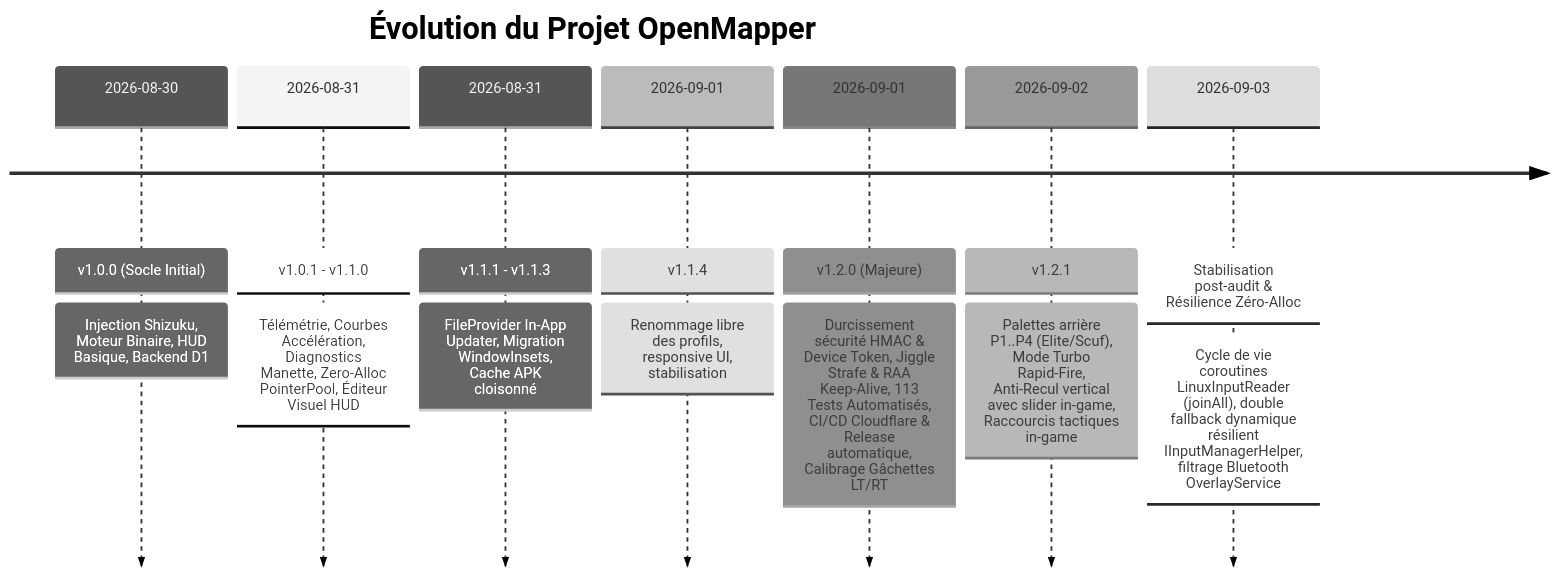
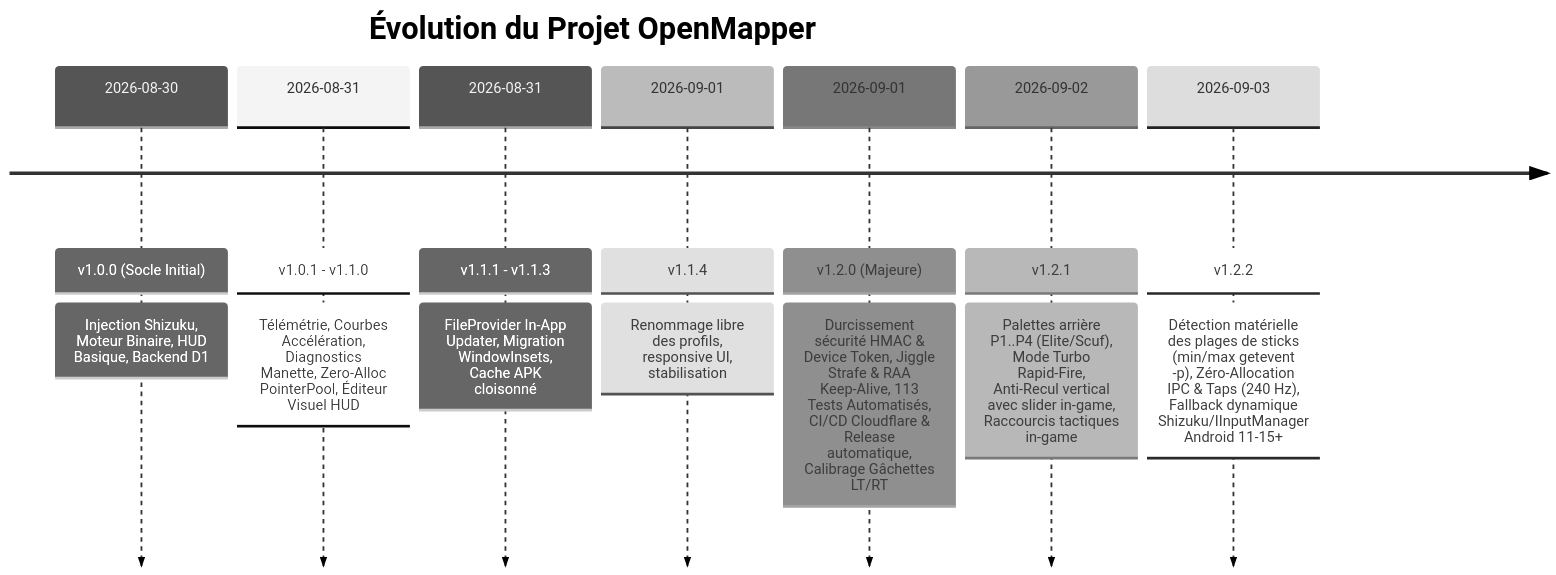
Before and after one commit to kinou-p/android-open-mapper: the first of 4 diagrams in agent.md, drawn with Mermaid (neutral theme). The commit also changed other lines of this file and 3 other files, not shown here.

````diff
--- a/agent.md
+++ b/agent.md
@@ -62,11 +62,11 @@
 ```mermaid
 timeline
     title Évolution du Projet OpenMapper
     2026-08-30 : v1.0.0 (Socle Initial) : Injection Shizuku, Moteur Binaire, HUD Basique, Backend D1
     2026-08-31 : v1.0.1 - v1.1.0 : Télémétrie, Courbes Accélération, Diagnostics Manette, Zero-Alloc PointerPool, Éditeur Visuel HUD
     2026-08-31 : v1.1.1 - v1.1.3 : FileProvider In-App Updater, Migration WindowInsets, Cache APK cloisonné
     2026-09-01 : v1.1.4 : Renommage libre des profils, responsive UI, stabilisation
     2026-09-01 : v1.2.0 (Majeure) : Durcissement sécurité HMAC & Device Token, Jiggle Strafe & RAA Keep-Alive, 113 Tests Automatisés, CI/CD Cloudflare & Release automatique, Calibrage Gâchettes LT/RT
     2026-09-02 : v1.2.1 : Palettes arrière P1..P4 (Elite/Scuf), Mode Turbo Rapid-Fire, Anti-Recul vertical avec slider in-game, Raccourcis tactiques in-game
-    2026-09-03 : Stabilisation post-audit & Résilience Zéro-Alloc : Cycle de vie coroutines LinuxInputReader (joinAll), double fallback dynamique résilient IInputManagerHelper, filtrage Bluetooth OverlayService
+    2026-09-03 : v1.2.2 : Détection matérielle des plages de sticks (min/max getevent -p), Zéro-Allocation IPC & Taps (240 Hz), Fallback dynamique Shizuku/IInputManager Android 11-15+
 ```
````
